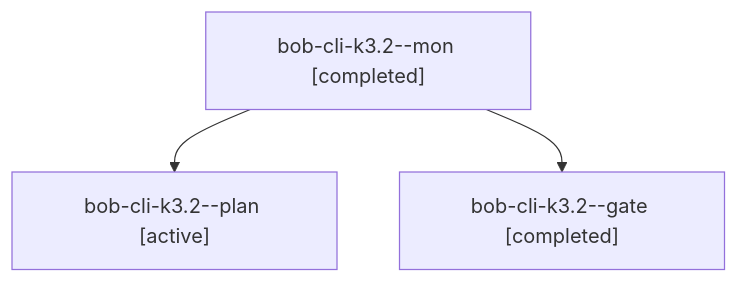
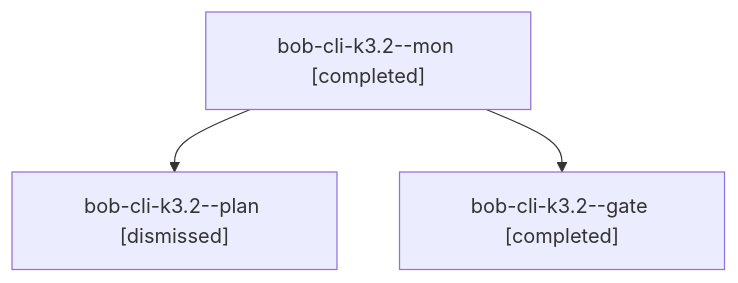
The diagram in sessions/bbugyi200.apollo.bob-cli-k3.2.md (bobs-org/bob-cli--agents), drawn with Mermaid before and after one commit. The commit also changed other lines of this file and 131 other files, not shown here.

````diff
--- a/sessions/bbugyi200.apollo.bob-cli-k3.2.md
+++ b/sessions/bbugyi200.apollo.bob-cli-k3.2.md
@@ -9,8 +9,8 @@
 ```mermaid
 flowchart TD
   n0["bob-cli-k3.2--mon [completed]"]
-  n1["bob-cli-k3.2--plan [active]"]
+  n1["bob-cli-k3.2--plan [dismissed]"]
   n0 --> n1
   n2["bob-cli-k3.2--gate [completed]"]
   n0 --> n2
 ```
````
